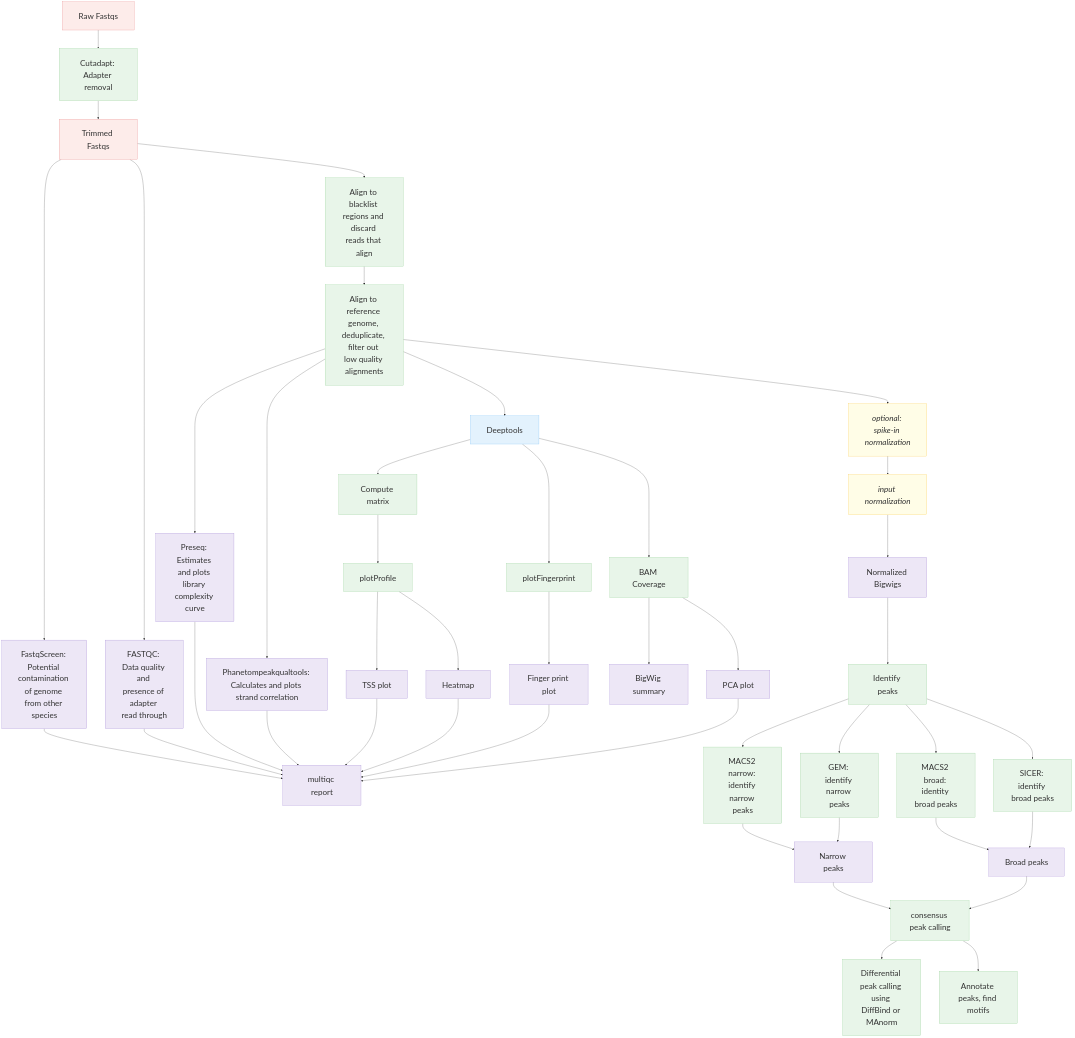
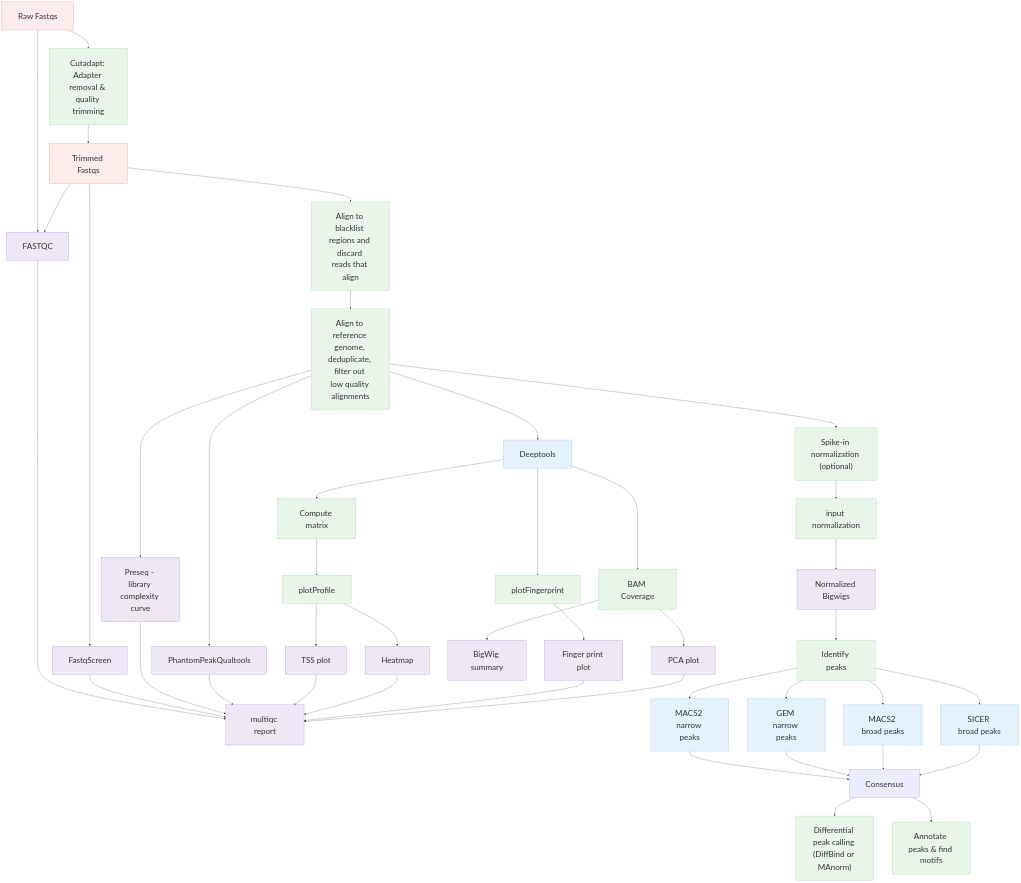
The first of 2 diagrams in docs/diagram/index.md (CCBR/CHAMPAGNE), drawn with Mermaid before and after one commit. The commit also changed other lines of this file, not shown here.

```diff
--- a/docs/diagram/index.md
+++ b/docs/diagram/index.md
@@ -16,31 +16,31 @@
 flowchart TB
 
   %% Input
-  Raw["Raw Fastqs"]:::input --> Trimming["Cutadapt: Adapter removal"]:::process
+  Raw["Raw Fastqs"]:::input --> Trimming["Cutadapt: Adapter removal & quality trimming"]:::process
   Trimming --> Trimmed["Trimmed Fastqs"]:::input
-   
+
   %% Quality Control
   MultiQC["multiqc report"]:::output
-  Trimmed --> Contaminants["FastqScreen: Potential contamination of genome from other species"]:::output
-  Contaminants --> MultiQC
-  Trimmed --> QC_results["FASTQC: Data quality and presence of adapter read through"]:::output
+  Trimmed --> fqscreen["FastqScreen"]:::output
+  Raw --> QC_results
+  Trimmed --> QC_results["FASTQC"]:::output
   QC_results --> MultiQC
+  fqscreen --> MultiQC
 
   %% Blacklist filtering
   Trimmed --> Blacklist["Align to blacklist regions and discard reads that align"]:::process
 
   %% Preseq and alignment
   Blacklist --> Align["Align to reference genome, deduplicate, filter out low quality alignments"]:::process
-  Align --> Cc["Preseq: Estimates and plots library complexity curve"]:::output
+  Align --> Cc["Preseq - library complexity curve"]:::output
   Cc ---> MultiQC
 
-  %% Phantompeakqualtools and alignment
-  Align --> Scc["Phanetompeakqualtools: Calculates and plots strand correlation"]:::output
+  Align --> Scc["PhantomPeakQualtools"]:::output
   Scc --> MultiQC
 
   %% Spike-in normalization (optional)
-  Align --> Spike["optional: spike-in normalization"]:::note
-  Spike --> InputNorm["input normalization"]:::note
+  Align --> Spike["Spike-in normalization (optional)"]:::process
+  Spike --> InputNorm["input normalization"]:::process
   InputNorm --> NormBigwigs["Normalized Bigwigs"]:::output
 
   %% Deeptools steps
@@ -60,24 +60,16 @@
 
   %% Peak calling
   NormBigwigs --> Peakcalling["Identify peaks"]:::process
-  Peakcalling --> MACS2narrow["MACS2 narrow: identify narrow peaks"]:::process
-  Peakcalling --> GEM["GEM: identify narrow peaks"]:::process
-  Peakcalling --> MACS2broad["MACS2 broad: identity broad peaks"]:::process
-  Peakcalling --> SICER["SICER: identify broad peaks"]:::process
-  %%NormBigwigs --> MACS2narrow["MACS2 narrow"]:::tool
-  %%NormBigwigs --> MACS2broad["MACS2 broad"]:::tool
-  %%NormBigwigs --> SICER["SICER"]:::tool
-  %%NormBigwigs --> GEM["GEM"]:::tool
-  MACS2narrow --> Narrow["Narrow peaks"]:::output
-  GEM --> Narrow["Narrow peaks"]:::output
-  MACS2broad --> Broad["Broad peaks"]:::output
-  SICER --> Broad["Broad peaks"]:::output
-  Narrow --> Consensus["consensus peak calling"]:::process
-  Broad --> Consensus
-  %%GEM --> Consensus
-  %%SICER --> Consensus
-  Consensus --> Diffbind["Differential peak calling using DiffBind or MAnorm"]:::process
-  Consensus --> Annotate["Annotate peaks, find motifs"]:::process
+  Peakcalling --> MACS2narrow["MACS2 narrow peaks"]:::tool
+  Peakcalling --> GEM["GEM narrow peaks"]:::tool
+  Peakcalling --> MACS2broad["MACS2 broad peaks"]:::tool
+  Peakcalling --> SICER["SICER broad peaks"]:::tool
+  MACS2narrow --> Consensus
+  GEM --> Consensus
+  MACS2broad --> Consensus
+  SICER --> Consensus
+  Consensus --> Diffbind["Differential peak calling (DiffBind or MAnorm)"]:::process
+  Consensus --> Annotate["Annotate peaks & find motifs"]:::process
 
   %% Styles
   classDef input fill:#fdecea,stroke:#e57373,stroke-width:1px;
```
